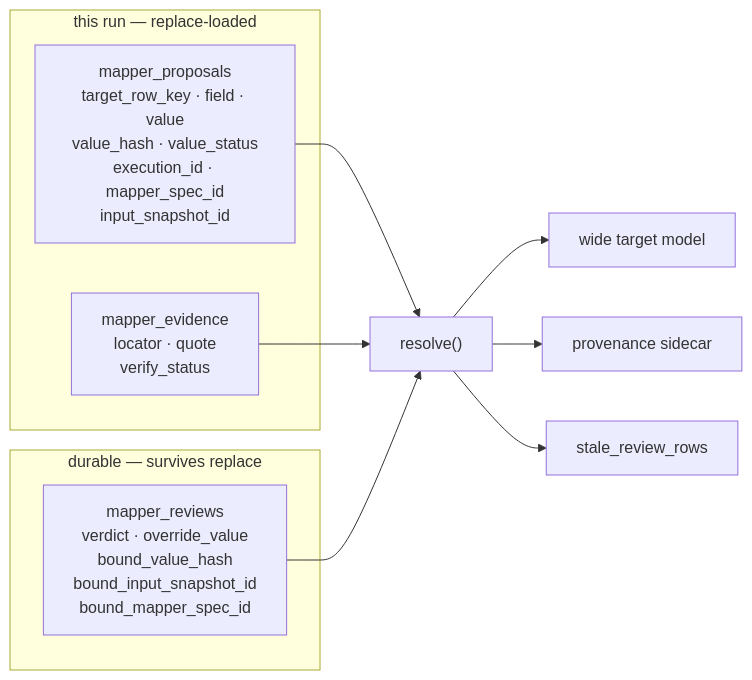
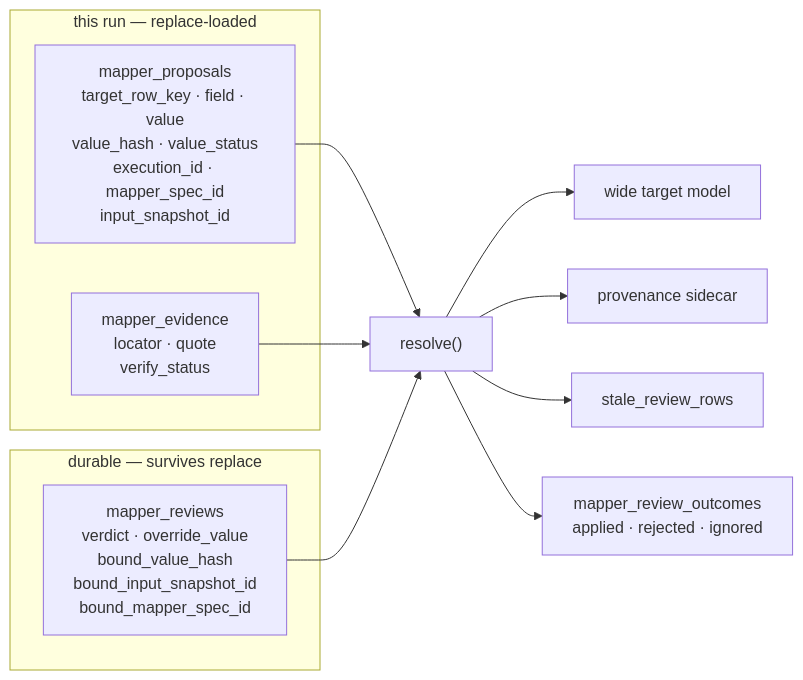
The second of 5 diagrams in docs/architecture/field-mapper.md (nextdata-tech/nexty-agent-skills), drawn with Mermaid before and after one commit. The commit also changed other lines of this file and 29 other files, not shown here.

````diff
--- a/docs/architecture/field-mapper.md
+++ b/docs/architecture/field-mapper.md
@@ -163,17 +163,18 @@
 ```mermaid
 graph LR
     subgraph run["this run — replace-loaded"]
         P["mapper_proposals<br/>target_row_key · field · value<br/>value_hash · value_status<br/>execution_id · mapper_spec_id<br/>input_snapshot_id"]
         E["mapper_evidence<br/>locator · quote<br/>verify_status"]
     end
     subgraph durable["durable — survives replace"]
         R["mapper_reviews<br/>verdict · override_value<br/>bound_value_hash<br/>bound_input_snapshot_id<br/>bound_mapper_spec_id"]
     end
 
     P --> RES["resolve()"]
     E --> RES
     R --> RES
     RES --> W["wide target model"]
     RES --> SC["provenance sidecar"]
     RES --> ST["stale_review_rows"]
+    RES --> RO["mapper_review_outcomes<br/>applied · rejected · ignored"]
 ```
````
